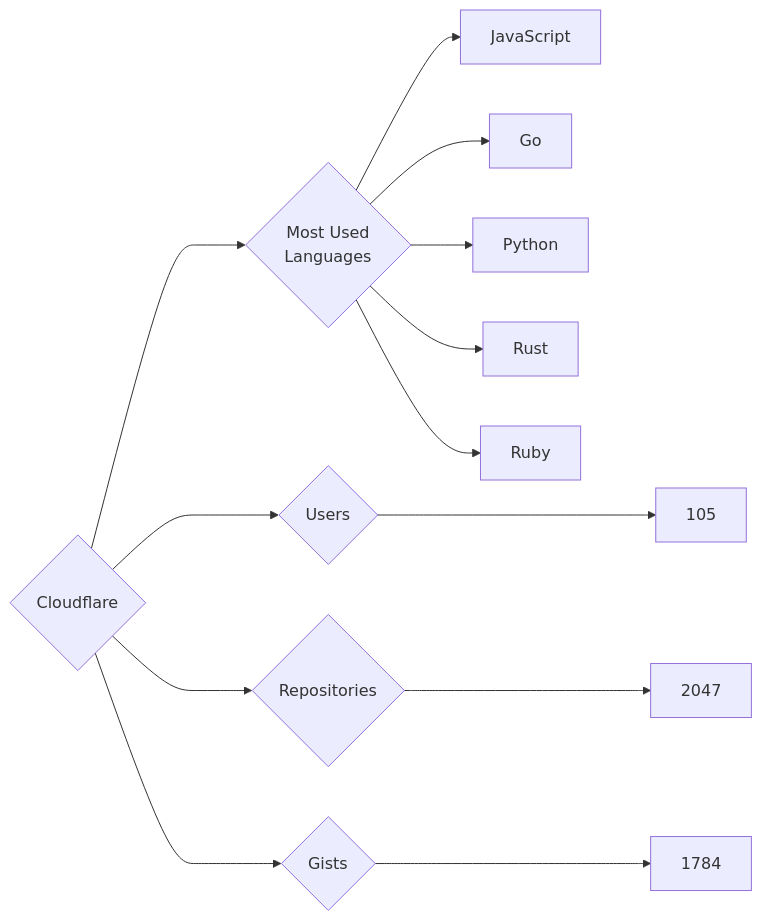
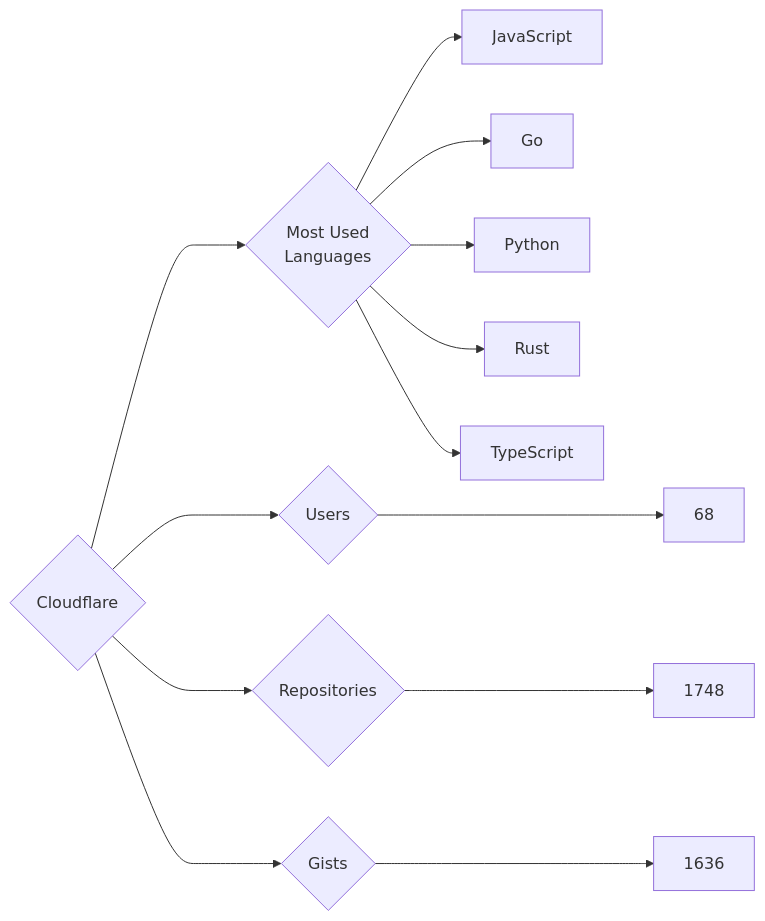
The diagram in targets/Cloudflare/README.md (trickest/insiders), drawn with Mermaid before and after one commit. The commit also changed 629 other files, not shown here.

````diff
--- a/targets/Cloudflare/README.md
+++ b/targets/Cloudflare/README.md
@@ -3,13 +3,13 @@
 ```mermaid
 graph LR
 COMPANY_NAME{Cloudflare}
-COMPANY_NAME ---> U{Users} ---> UN[105]
-COMPANY_NAME ---> R{Repositories} ---> RN[2047]
-COMPANY_NAME ---> G{Gists} ---> GN[1784]
+COMPANY_NAME ---> U{Users} ---> UN[68]
+COMPANY_NAME ---> R{Repositories} ---> RN[1748]
+COMPANY_NAME ---> G{Gists} ---> GN[1636]
 COMPANY_NAME ---> ML{Most Used<br>Languages}
 ML --> JavaScript[JavaScript]
 ML --> Go[Go]
 ML --> Python[Python]
 ML --> Rust[Rust]
-ML --> Ruby[Ruby]
+ML --> TypeScript[TypeScript]
 ```
````
